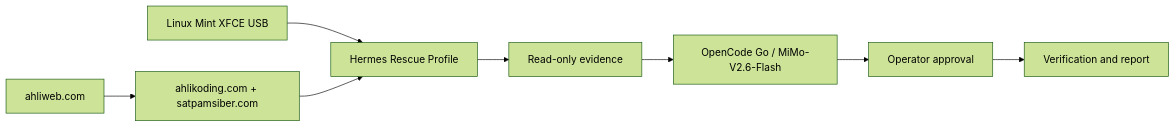
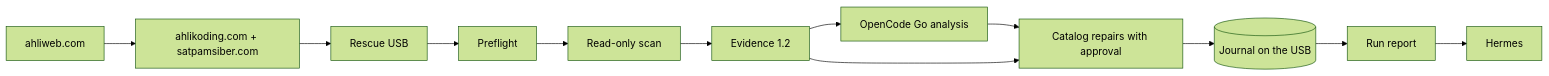
The first of 7 diagrams in README.md (ahliweb/linux-mint-xfce-rescue-ai), drawn with Mermaid (forest theme) before and after one commit. The commit also changed other lines of this file and 1 other file, not shown here.

First line of the commit message:
docs: rewrite README (status table, quick starts) and design (whole-flow diagrams)

````diff
--- a/README.md
+++ b/README.md
@@ -14,10 +14,14 @@
 ```mermaid
 flowchart LR
-    USB[Linux Mint XFCE USB] --> H[Hermes Rescue Profile]
-    H --> E[Read-only evidence]
-    E --> G[OpenCode Go / MiMo-V2.6-Flash]
-    G --> O[Operator approval]
-    O --> V[Verification and report]
+    USB[Rescue USB] --> P[Preflight]
+    P --> S[Read-only scan]
+    S --> E[Evidence 1.2]
+    E --> G[OpenCode Go analysis]
+    G --> R[Catalog repairs with approval]
+    E --> R
+    R --> J[(Journal on the USB)]
+    J --> RP[Run report]
+    RP --> H[Hermes]
     M[ahliweb.com] --> K[ahlikoding.com + satpamsiber.com]
-    K --> H
+    K --> USB
 ```
````
